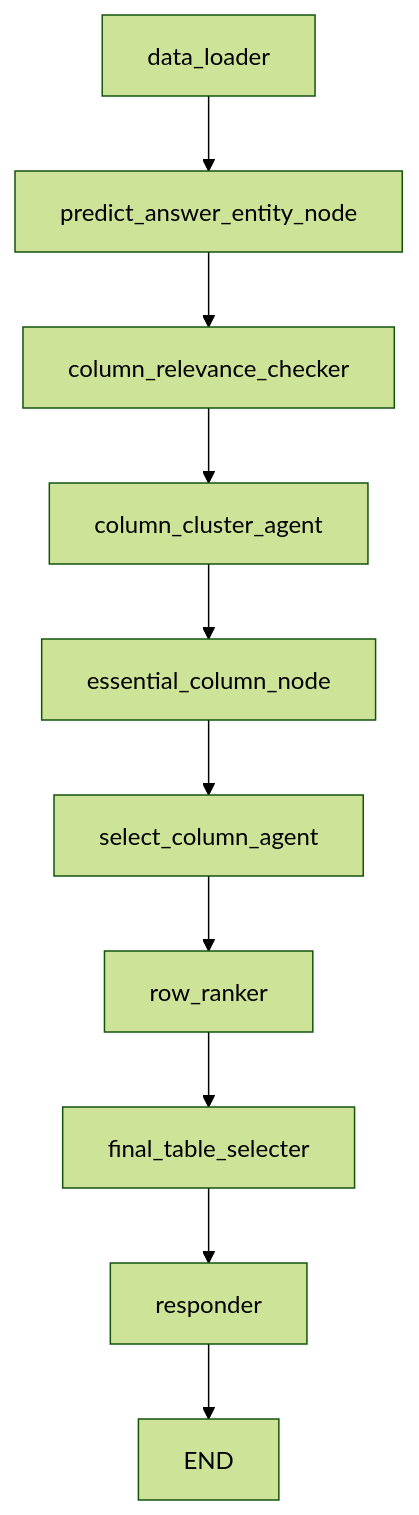
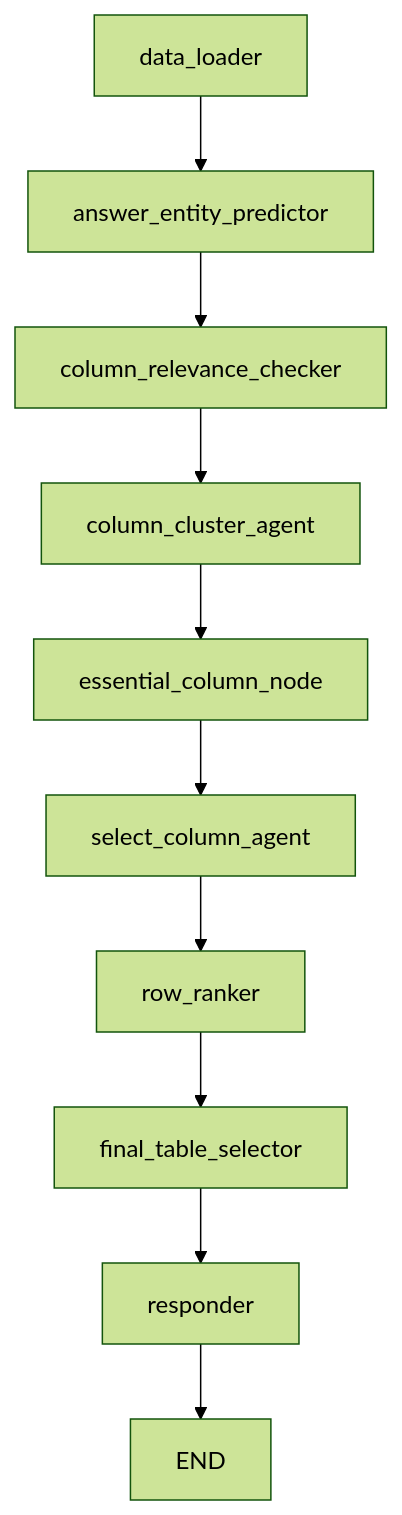
The first of 5 diagrams in README.md (torijune/ATF-Adaptive-Table-Filtering-Framework), drawn with Mermaid (forest theme) before and after one commit. The commit also changed other lines of this file, not shown here.

````diff
--- a/README.md
+++ b/README.md
@@ -59,23 +51,23 @@
 ```mermaid
 graph TD
     A[data_loader]
-    B[predict_answer_entity_node]
+    B[answer_entity_predictor]
     C[column_relevance_checker]
     D[column_cluster_agent]
     E[essential_column_node]
     F[select_column_agent]
     G[row_ranker]
-    H[final_table_selecter]
+    H[final_table_selector]
     I[responder]
     J[END]
 
     A --> B
     B --> C
     C --> D
     D --> E
     E --> F
     F --> G
     G --> H
     H --> I
     I --> J
 ```
````
